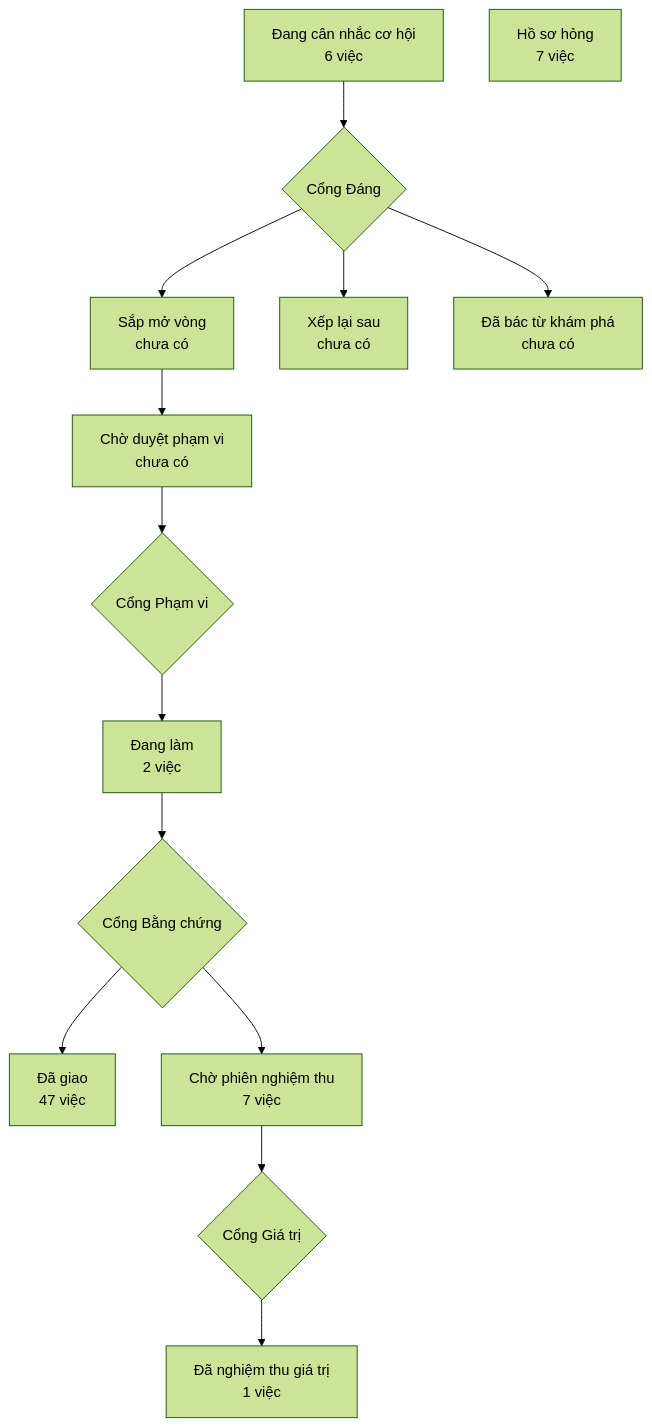
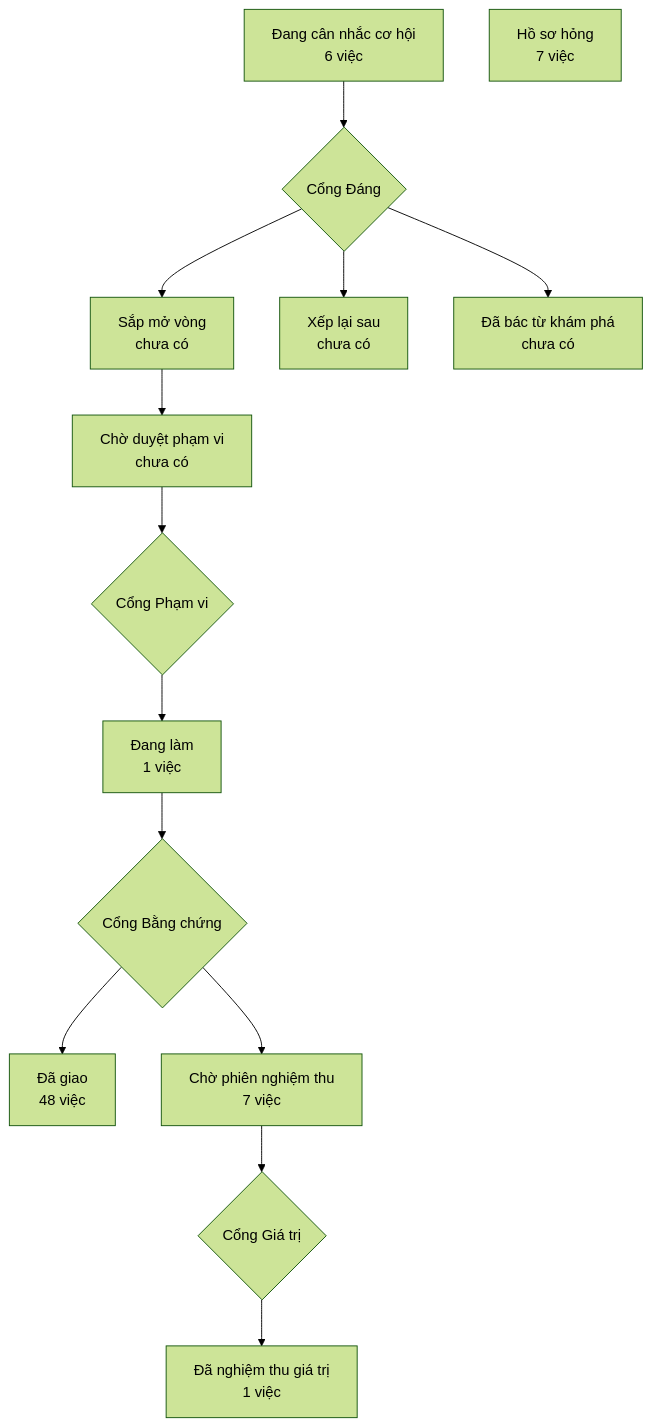
Before and after one commit to phanlemanh/crm-onehub: the diagram in PRODUCT-MAP.md, drawn with Mermaid (forest theme). The commit also changed 3 other files, not shown here.

````diff
--- a/PRODUCT-MAP.md
+++ b/PRODUCT-MAP.md
@@ -6,13 +6,13 @@
 ```mermaid
 flowchart TD
   A["Đang cân nhắc cơ hội<br/>6 việc"] --> GD{"Cổng Đáng"}
   GD --> B["Sắp mở vòng<br/>chưa có"]
   GD --> XL["Xếp lại sau<br/>chưa có"]
   GD --> DB["Đã bác từ khám phá<br/>chưa có"]
   B --> CD["Chờ duyệt phạm vi<br/>chưa có"] --> GP{"Cổng Phạm vi"}
-  GP --> DL["Đang làm<br/>2 việc"] --> GB{"Cổng Bằng chứng"}
-  GB --> DG["Đã giao<br/>47 việc"]
+  GP --> DL["Đang làm<br/>1 việc"] --> GB{"Cổng Bằng chứng"}
+  GB --> DG["Đã giao<br/>48 việc"]
   GB --> CN["Chờ phiên nghiệm thu<br/>7 việc"] --> GG{"Cổng Giá trị"}
   GG --> NT["Đã nghiệm thu giá trị<br/>1 việc"]
   HS["Hồ sơ hỏng<br/>7 việc"]
 ```
````
